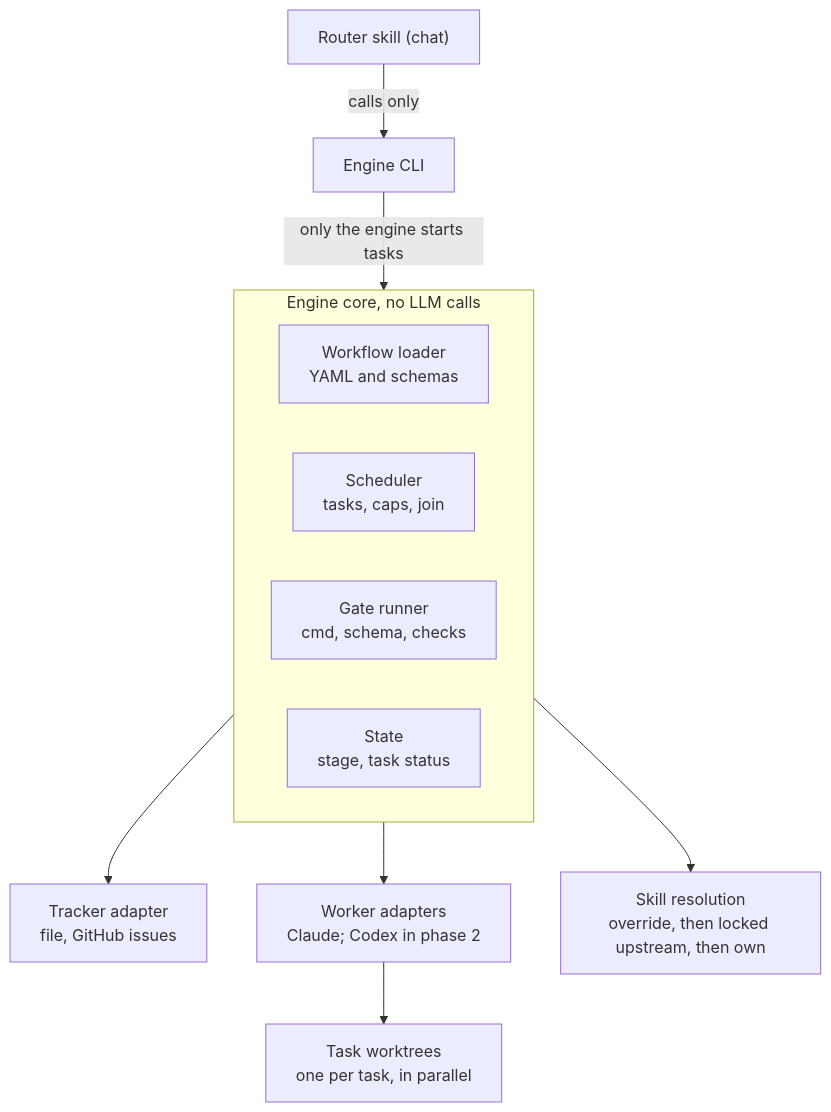
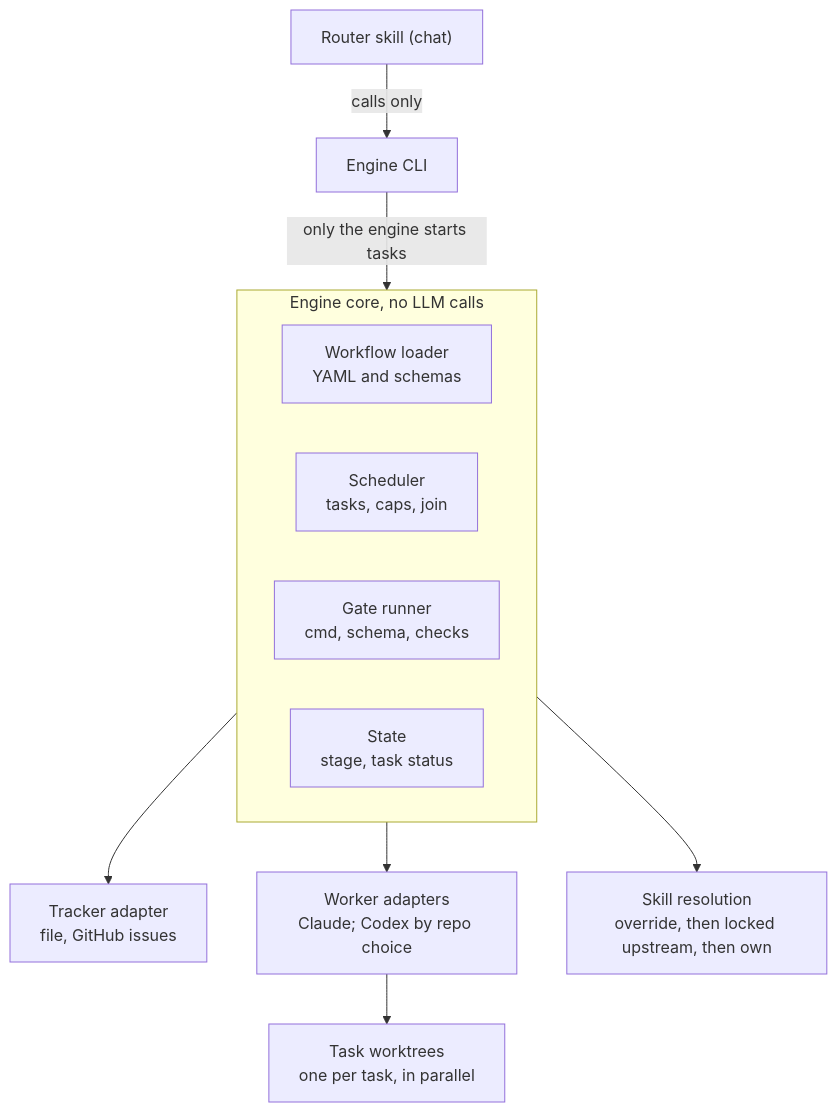
The first of 2 diagrams in docs/design/phase-1.md (plaktoz/factory), drawn with Mermaid before and after one commit. The commit also changed other lines of this file and 9 other files, not shown here.

First line of the commit message:
Let a repo choose Codex: harness codex builds the Codex adapter

````diff
--- a/docs/design/phase-1.md
+++ b/docs/design/phase-1.md
@@ -69,16 +69,16 @@
 ```mermaid
 flowchart TB
   router["Router skill (chat)"] -->|calls only| cli["Engine CLI"]
   cli -->|only the engine starts tasks| core
   subgraph core["Engine core, no LLM calls"]
     direction LR
     wl["Workflow loader<br/>YAML and schemas"]
     sch["Scheduler<br/>tasks, caps, join"]
     gr["Gate runner<br/>cmd, schema, checks"]
     st["State<br/>stage, task status"]
   end
   wl --> trk["Tracker adapter<br/>file, GitHub issues"]
-  sch --> wk["Worker adapters<br/>Claude; Codex in phase 2"]
+  sch --> wk["Worker adapters<br/>Claude; Codex by repo choice"]
   st --> sk["Skill resolution<br/>override, then locked upstream, then own"]
   wk --> wt["Task worktrees<br/>one per task, in parallel"]
 ```
````
